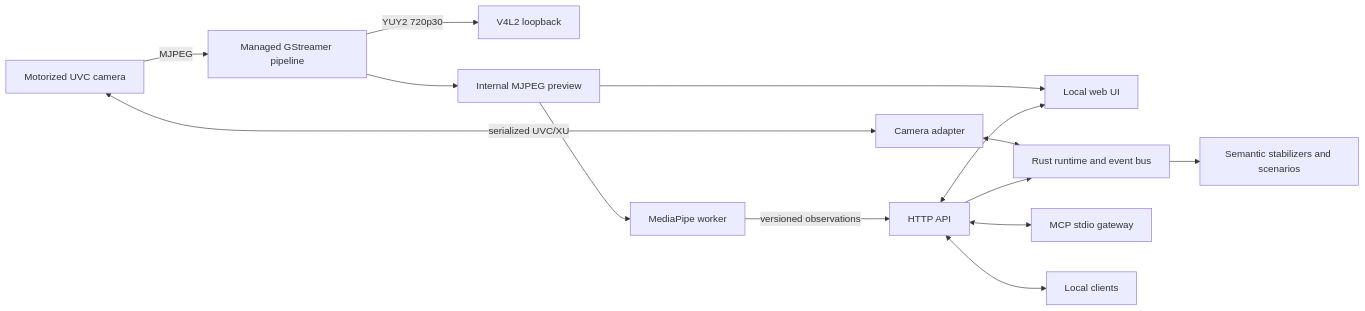
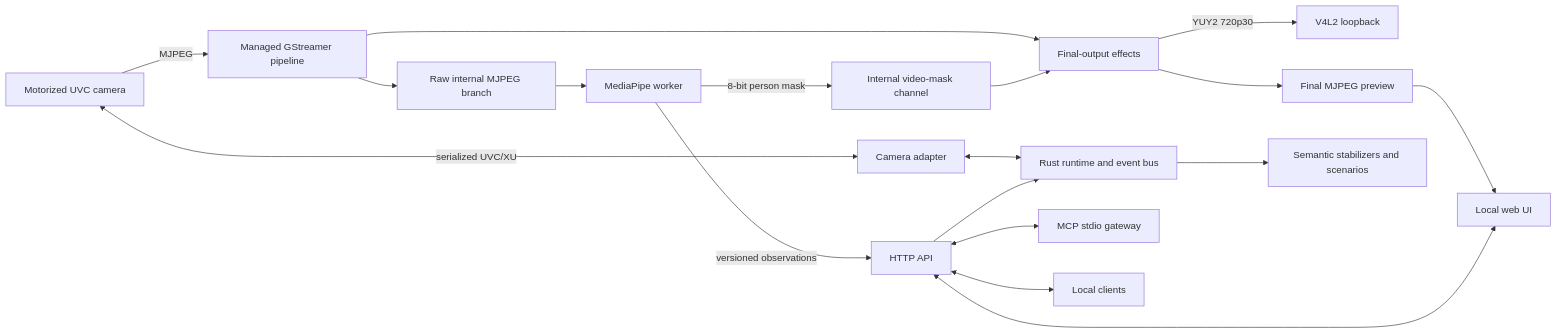
The diagram in README.md (dguerizec/tarsier), drawn with Mermaid before and after one commit. The commit also changed other lines of this file and 11 other files, not shown here.

````diff
--- a/README.md
+++ b/README.md
@@ -59,18 +65,22 @@
 ```mermaid
 flowchart LR
     Camera[Motorized UVC camera] -->|MJPEG| Pipeline[Managed GStreamer pipeline]
     Camera <-->|serialized UVC/XU| Adapter[Camera adapter]
 
-    Pipeline -->|YUY2 720p30| Loopback[V4L2 loopback]
-    Pipeline --> Preview[Internal MJPEG preview]
+    Pipeline --> RawPreview[Raw internal MJPEG branch]
+    RawPreview --> Worker[MediaPipe worker]
+    Worker -->|8-bit person mask| Mask[Internal video-mask channel]
+    Pipeline --> Effects[Final-output effects]
+    Mask --> Effects
+    Effects -->|YUY2 720p30| Loopback[V4L2 loopback]
+    Effects --> Preview[Final MJPEG preview]
     Preview --> UI[Local web UI]
-    Preview --> Worker[MediaPipe worker]
 
     Adapter <--> Core[Rust runtime and event bus]
     Worker -->|versioned observations| API[HTTP API]
     API --> Core
     Core --> Scenarios[Semantic stabilizers and scenarios]
     API <--> UI
     API <--> MCP[MCP stdio gateway]
     API <--> Clients[Local clients]
 ```
````
